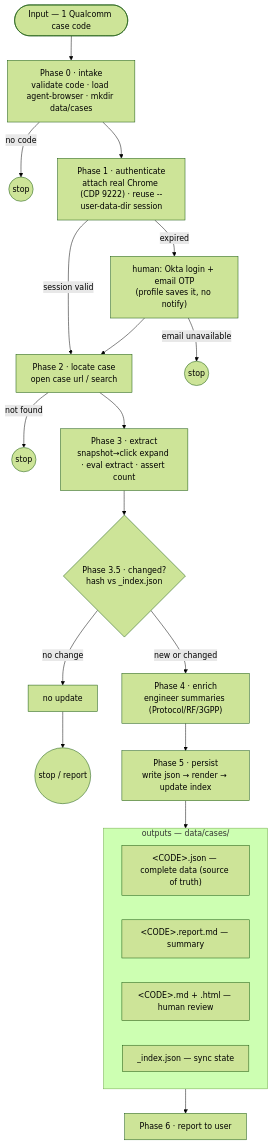
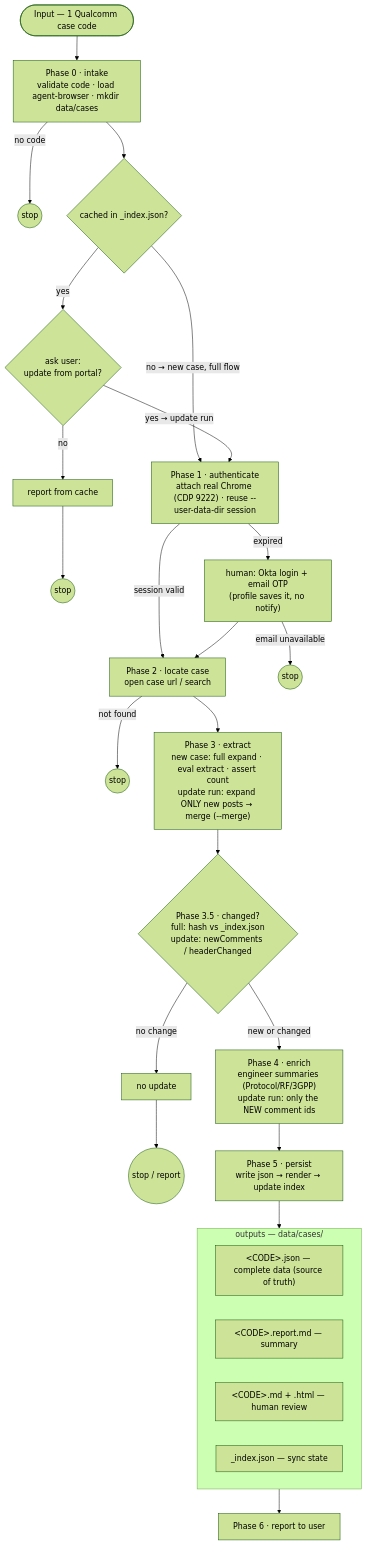
One commit to congtubkbn/qualcomm-case-agent changed the diagram in .claude/skills/qualcomm-case-agent/references/workflow.md. Above: the diagram before and after it, drawn with Mermaid (forest theme). The commit also changed other lines of this file and 4 other files, not shown here.

First line of the commit message:
Incremental update flow: cache-check ask + merge-only-new-comments

````diff
--- a/.claude/skills/qualcomm-case-agent/references/workflow.md
+++ b/.claude/skills/qualcomm-case-agent/references/workflow.md
@@ -9,24 +9,28 @@
 ```mermaid
 flowchart TD
   IN(["Input — 1 Qualcomm case code"]) --> P0["Phase 0 · intake<br/>validate code · load agent-browser · mkdir data/cases"]
   P0 -->|no code| S0((stop))
-  P0 --> P1["Phase 1 · authenticate<br/>attach real Chrome (CDP 9222) · reuse --user-data-dir session"]
+  P0 --> CACHE{"cached in _index.json?"}
+  CACHE -->|no → new case, full flow| P1
+  CACHE -->|yes| ASK{"ask user:<br/>update from portal?"}
+  ASK -->|no| RPT["report from cache"] --> S4((stop))
+  ASK -->|yes → update run| P1["Phase 1 · authenticate<br/>attach real Chrome (CDP 9222) · reuse --user-data-dir session"]
   P1 -->|session valid| P2
   P1 -->|expired| LG["human: Okta login + email OTP<br/>(profile saves it, no notify)"]
   LG -->|email unavailable| S1((stop))
   LG --> P2["Phase 2 · locate case<br/>open case url / search"]
   P2 -->|not found| S2((stop))
-  P2 --> P3["Phase 3 · extract<br/>snapshot→click expand · eval extract · assert count"]
-  P3 --> CHK{"Phase 3.5 · changed?<br/>hash vs _index.json"}
+  P2 --> P3["Phase 3 · extract<br/>new case: full expand · eval extract · assert count<br/>update run: expand ONLY new posts → merge (--merge)"]
+  P3 --> CHK{"Phase 3.5 · changed?<br/>full: hash vs _index.json<br/>update: newComments / headerChanged"}
   CHK -->|no change| NUP["no update"] --> S3((stop / report))
-  CHK -->|new or changed| P4["Phase 4 · enrich<br/>engineer summaries (Protocol/RF/3GPP)"]
+  CHK -->|new or changed| P4["Phase 4 · enrich<br/>engineer summaries (Protocol/RF/3GPP)<br/>update run: only the NEW comment ids"]
   P4 --> P5["Phase 5 · persist<br/>write json → render → update index"]
   P5 --> OUT
   subgraph OUT["outputs — data/cases/"]
     O1["&lt;CODE&gt;.json — complete data (source of truth)"]
     O2["&lt;CODE&gt;.report.md — summary"]
     O3["&lt;CODE&gt;.md + .html — human review"]
     O4["_index.json — sync state"]
   end
   OUT --> P6["Phase 6 · report to user"]
 ```
````
